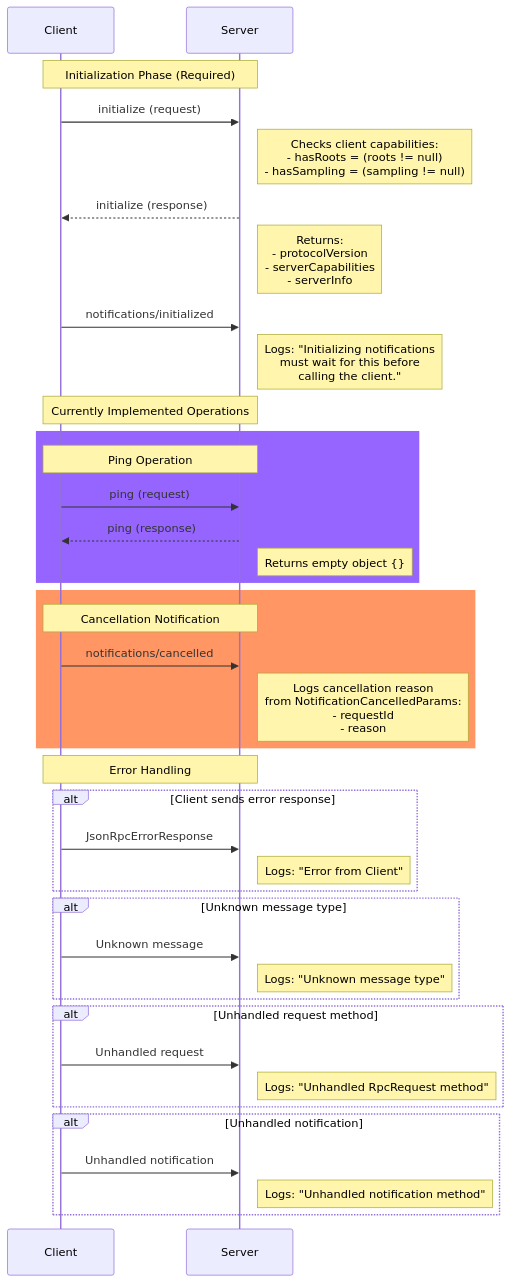
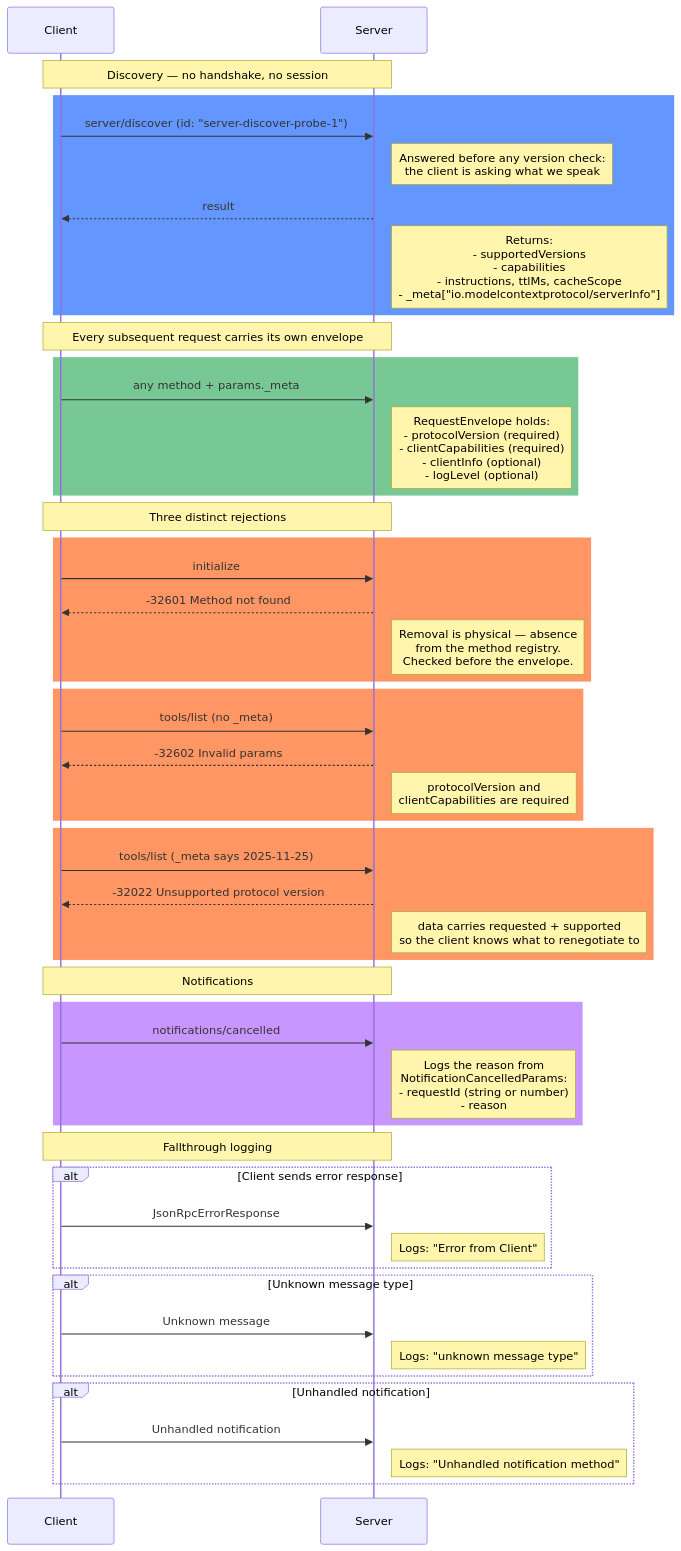
One commit to David-Parry/agent-mcp-workshop changed the diagram in lessons/03-sequence-diagram.md. Above: the diagram before and after it, drawn with Mermaid. The commit also changed other lines of this file and 216 other files, not shown here.

````diff
--- a/lessons/03-sequence-diagram.md
+++ b/lessons/03-sequence-diagram.md
@@ -3,52 +3,65 @@
 ```mermaid
 sequenceDiagram
     participant Client
     participant Server
-    
-    Note over Client,Server: Initialization Phase (Required)
-    
-    Client->>Server: initialize (request)
-    Note right of Server: Checks client capabilities:<br/>- hasRoots = (roots != null)<br/>- hasSampling = (sampling != null)
-    Server-->>Client: initialize (response)
-    Note right of Server: Returns:<br/>- protocolVersion<br/>- serverCapabilities<br/>- serverInfo
-    
-    Client->>Server: notifications/initialized
-    Note right of Server: Logs: "Initializing notifications<br/>must wait for this before<br/>calling the client."
-    
-    Note over Client,Server: Currently Implemented Operations
-    
-    rect rgb(150, 100, 255)
-        Note over Client,Server: Ping Operation
-        Client->>Server: ping (request)
-        Server-->>Client: ping (response)
-        Note right of Server: Returns empty object {}
+
+    Note over Client,Server: Discovery — no handshake, no session
+
+    rect rgb(100, 150, 255)
+        Client->>Server: server/discover (id: "server-discover-probe-1")
+        Note right of Server: Answered before any version check:<br/>the client is asking what we speak
+        Server-->>Client: result
+        Note right of Server: Returns:<br/>- supportedVersions<br/>- capabilities<br/>- instructions, ttlMs, cacheScope<br/>- _meta["io.modelcontextprotocol/serverInfo"]
     end
-    
+
+    Note over Client,Server: Every subsequent request carries its own envelope
+
+    rect rgb(120, 200, 150)
+        Client->>Server: any method + params._meta
+        Note right of Server: RequestEnvelope holds:<br/>- protocolVersion (required)<br/>- clientCapabilities (required)<br/>- clientInfo (optional)<br/>- logLevel (optional)
+    end
+
+    Note over Client,Server: Three distinct rejections
+
     rect rgb(255, 150, 100)
-        Note over Client,Server: Cancellation Notification
+        Client->>Server: initialize
+        Server-->>Client: -32601 Method not found
+        Note right of Server: Removal is physical — absence<br/>from the method registry.<br/>Checked before the envelope.
+    end
+
+    rect rgb(255, 150, 100)
+        Client->>Server: tools/list (no _meta)
+        Server-->>Client: -32602 Invalid params
+        Note right of Server: protocolVersion and<br/>clientCapabilities are required
+    end
+
+    rect rgb(255, 150, 100)
+        Client->>Server: tools/list (_meta says 2025-11-25)
+        Server-->>Client: -32022 Unsupported protocol version
+        Note right of Server: data carries requested + supported<br/>so the client knows what to renegotiate to
+    end
+
+    Note over Client,Server: Notifications
+
+    rect rgb(200, 150, 255)
         Client->>Server: notifications/cancelled
-        Note right of Server: Logs cancellation reason<br/>from NotificationCancelledParams:<br/>- requestId<br/>- reason
+        Note right of Server: Logs the reason from<br/>NotificationCancelledParams:<br/>- requestId (string or number)<br/>- reason
     end
-    
-    Note over Client,Server: Error Handling
-    
+
+    Note over Client,Server: Fallthrough logging
+
     alt Client sends error response
         Client->>Server: JsonRpcErrorResponse
         Note right of Server: Logs: "Error from Client"
     end
-    
+
     alt Unknown message type
         Client->>Server: Unknown message
-        Note right of Server: Logs: "Unknown message type"
+        Note right of Server: Logs: "unknown message type"
     end
-    
-    alt Unhandled request method
-        Client->>Server: Unhandled request
-        Note right of Server: Logs: "Unhandled RpcRequest method"
-    end
-    
+
     alt Unhandled notification
         Client->>Server: Unhandled notification
         Note right of Server: Logs: "Unhandled notification method"
     end
 ```
````
